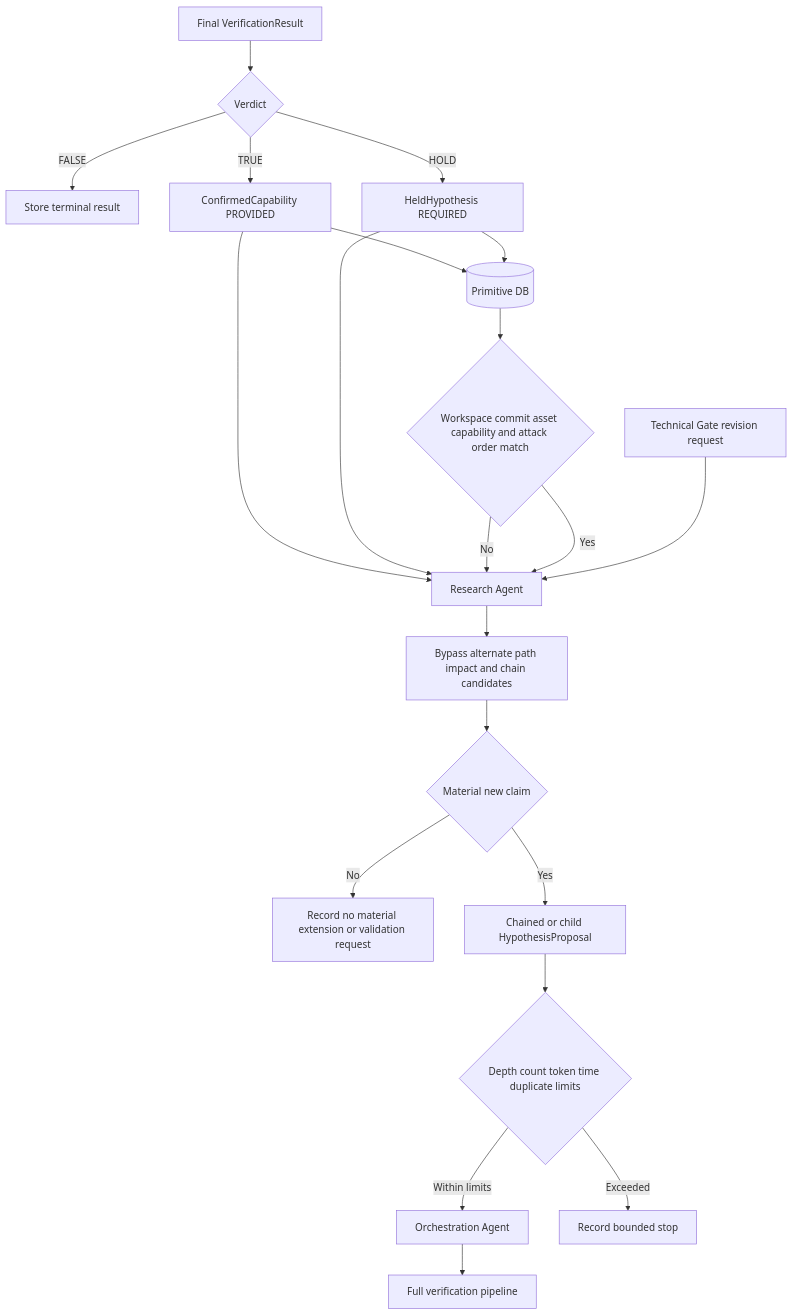
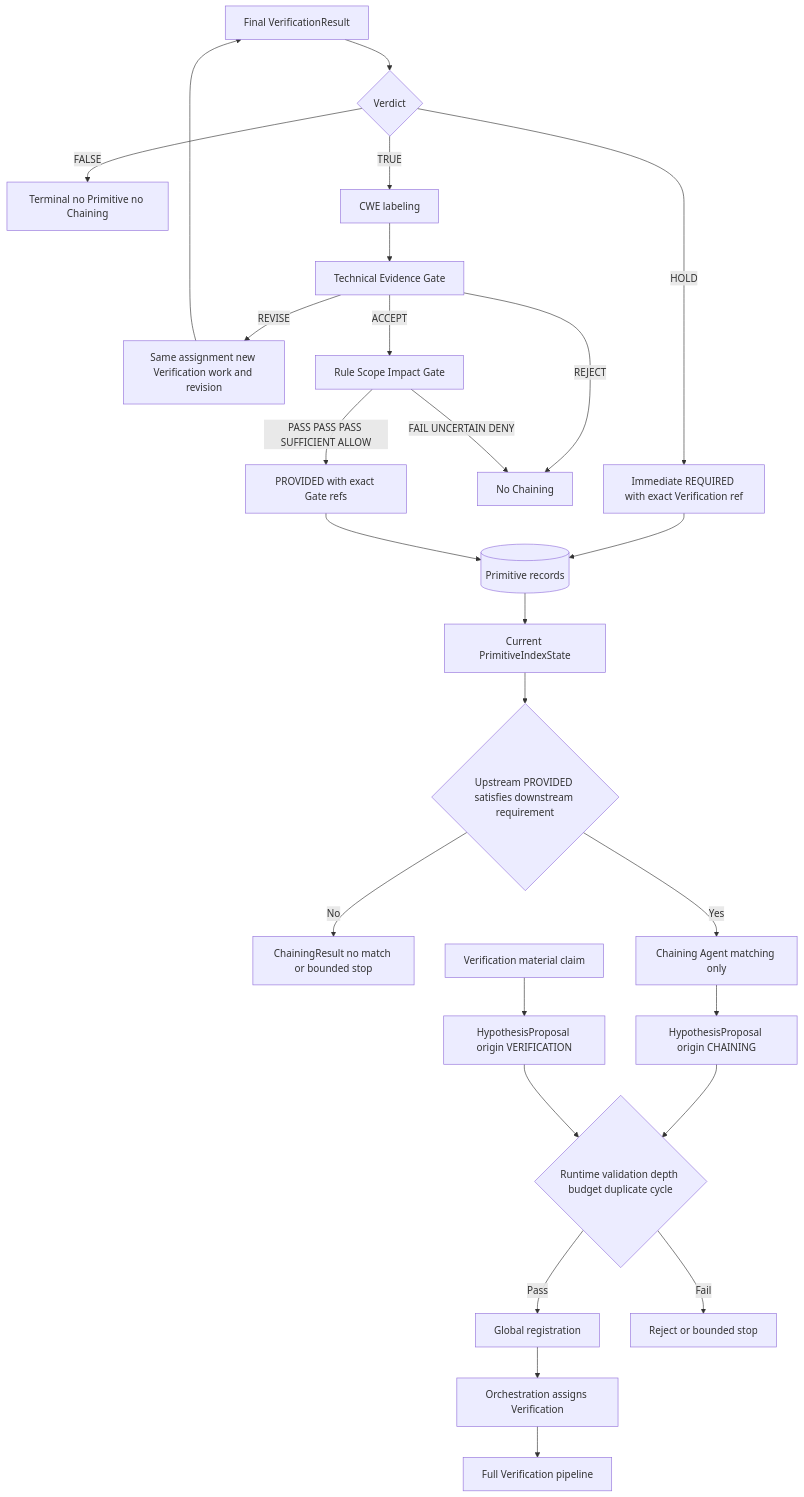
One commit to SASTsimi/sastsimi changed the fifth of 13 diagrams in docs/architecture-v5/13-architecture-diagrams.md. Above: the diagram before and after it, drawn with Mermaid. The commit also changed other lines of this file and 39 other files, not shown here.

Commit message:
docs: make Verification own hypothesis workflows

````diff
--- a/docs/architecture-v5/13-architecture-diagrams.md
+++ b/docs/architecture-v5/13-architecture-diagrams.md
@@ -141,23 +148,28 @@
 ```mermaid
 flowchart TB
     VR[Final VerificationResult] --> KIND{Verdict}
-    KIND -->|FALSE| CLOSED[Store terminal result]
-    KIND -->|TRUE| PROVIDED[ConfirmedCapability PROVIDED]
-    KIND -->|HOLD| REQUIRED[HeldHypothesis REQUIRED]
-    PROVIDED --> PDB[(Primitive DB)]
-    PROVIDED --> RESEARCH[Research Agent]
-    REQUIRED --> PDB
-    REQUIRED --> RESEARCH
-    PDB --> MATCH{Workspace commit asset capability and attack order match}
-    MATCH -->|No| RESEARCH[Research Agent]
-    MATCH -->|Yes| RESEARCH
-    TGREV[Technical Gate revision request] --> RESEARCH
-    RESEARCH --> CAND[Bypass alternate path impact and chain candidates]
-    CAND --> MATERIAL{Material new claim}
-    MATERIAL -->|No| RECORD[Record no material extension or validation request]
-    MATERIAL -->|Yes| NEW[Chained or child HypothesisProposal]
-    NEW --> LIMIT{Depth count token time duplicate limits}
-    LIMIT -->|Within limits| ORCH[Orchestration Agent]
-    LIMIT -->|Exceeded| STOP[Record bounded stop]
-    ORCH --> VERIFY[Full verification pipeline]
+    KIND -->|FALSE| CLOSED[Terminal no Primitive no Chaining]
+    KIND -->|HOLD| REQUIRED[Immediate REQUIRED with exact Verification ref]
+    KIND -->|TRUE| CWE[CWE labeling]
+    CWE --> TECH[Technical Evidence Gate]
+    TECH -->|REVISE| SAME[Same assignment new Verification work and revision]
+    SAME --> VR
+    TECH -->|REJECT| NOCHAIN[No Chaining]
+    TECH -->|ACCEPT| RULE[Rule Scope Impact Gate]
+    RULE -->|FAIL UNCERTAIN DENY| NOCHAIN
+    RULE -->|PASS PASS PASS SUFFICIENT ALLOW| PROVIDED[PROVIDED with exact Gate refs]
+    REQUIRED --> PDB[(Primitive records)]
+    PROVIDED --> PDB
+    PDB --> INDEX[Current PrimitiveIndexState]
+    INDEX --> MATCH{Upstream PROVIDED satisfies downstream requirement}
+    MATCH -->|No| RECORD[ChainingResult no match or bounded stop]
+    MATCH -->|Yes| CHAIN[Chaining Agent matching only]
+    CHAIN --> NEW[HypothesisProposal origin CHAINING]
+    NEW --> LIMIT{Runtime validation depth budget duplicate cycle}
+    LIMIT -->|Pass| REGISTER[Global registration]
+    LIMIT -->|Fail| STOP[Reject or bounded stop]
+    REGISTER --> ORCH[Orchestration assigns Verification]
+    ORCH --> VERIFY[Full Verification pipeline]
+    VMAT[Verification material claim] --> VNEW[HypothesisProposal origin VERIFICATION]
+    VNEW --> LIMIT
 ```
````
